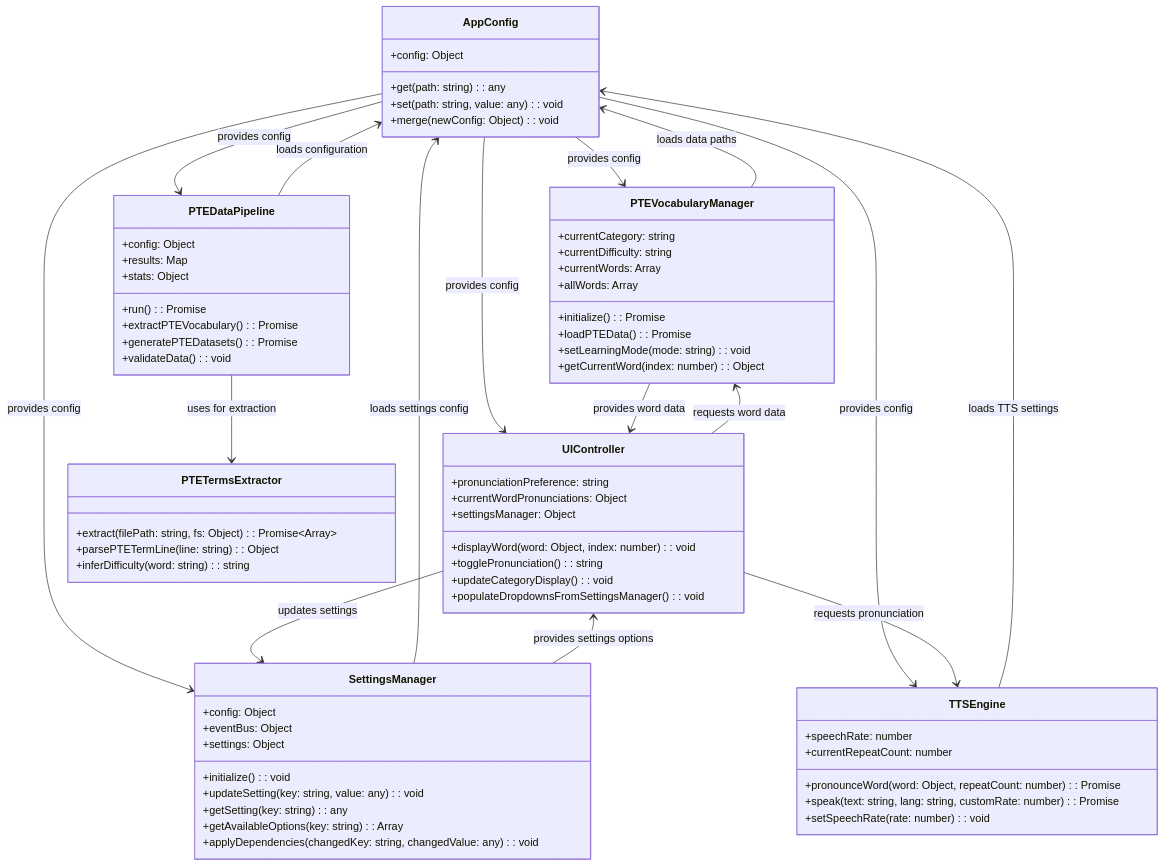
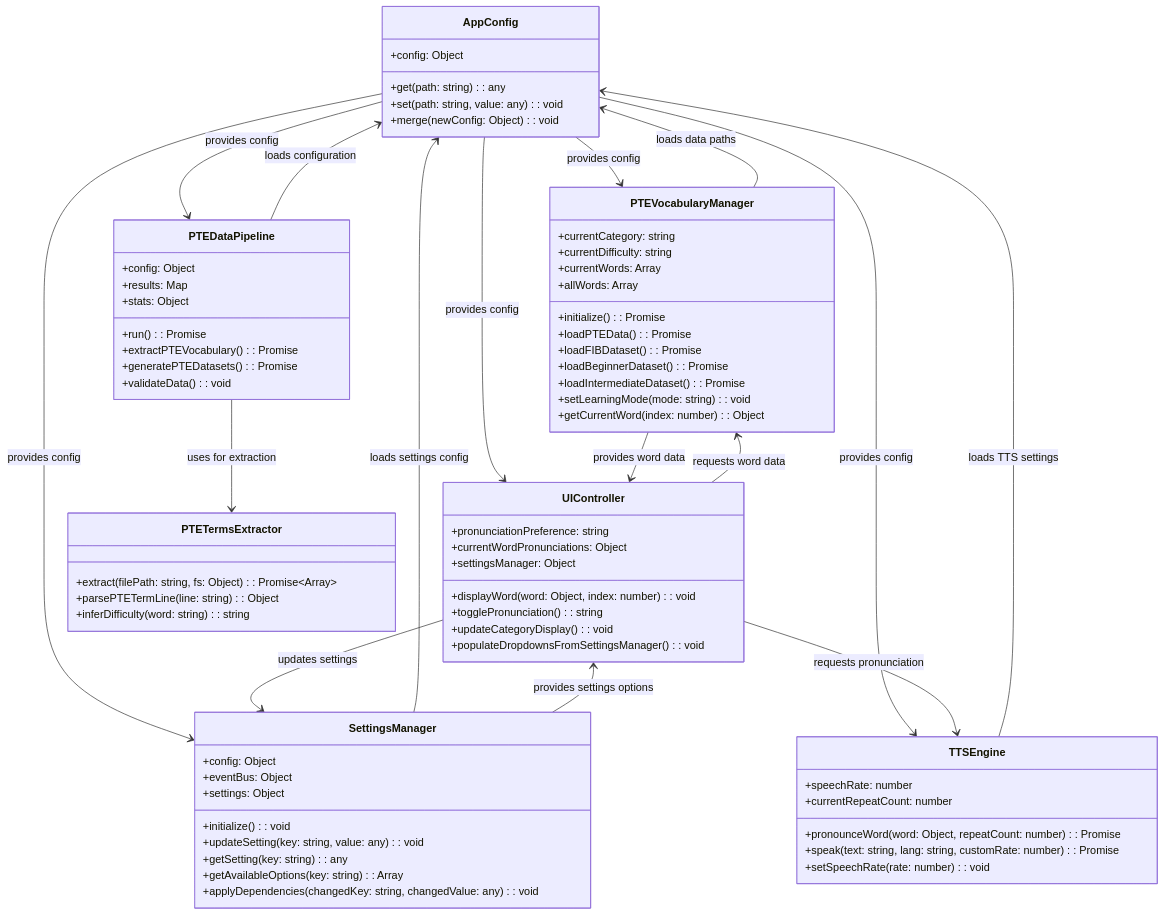
Before and after one commit to david3xu/ccl-pronunciation-trainer: the fourth of 8 diagrams in docs/WORKFLOW.md, drawn with Mermaid. The commit also changed other lines of this file and 16 other files, not shown here.

```diff
--- a/docs/WORKFLOW.md
+++ b/docs/WORKFLOW.md
@@ -126,6 +134,9 @@
         +allWords: Array
         +initialize(): Promise
         +loadPTEData(): Promise
+        +loadFIBDataset(): Promise
+        +loadBeginnerDataset(): Promise
+        +loadIntermediateDataset(): Promise
         +setLearningMode(mode: string): void
         +getCurrentWord(index: number): Object
     }
```
